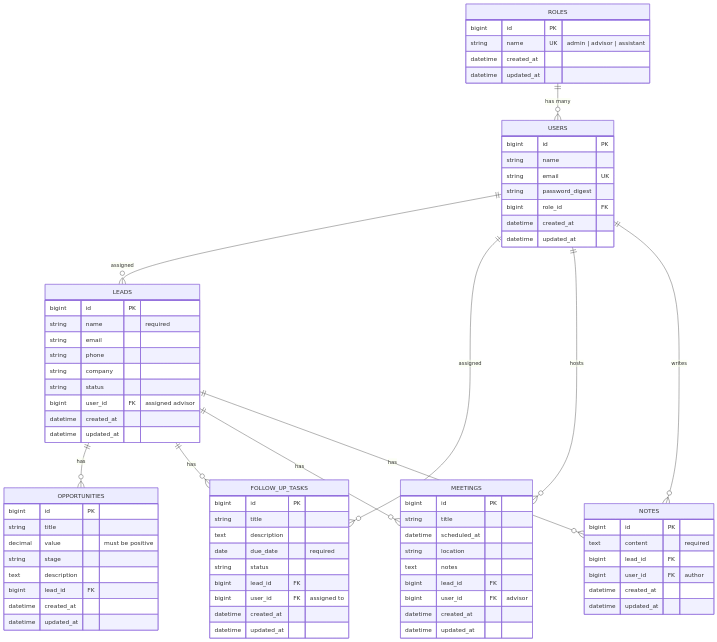
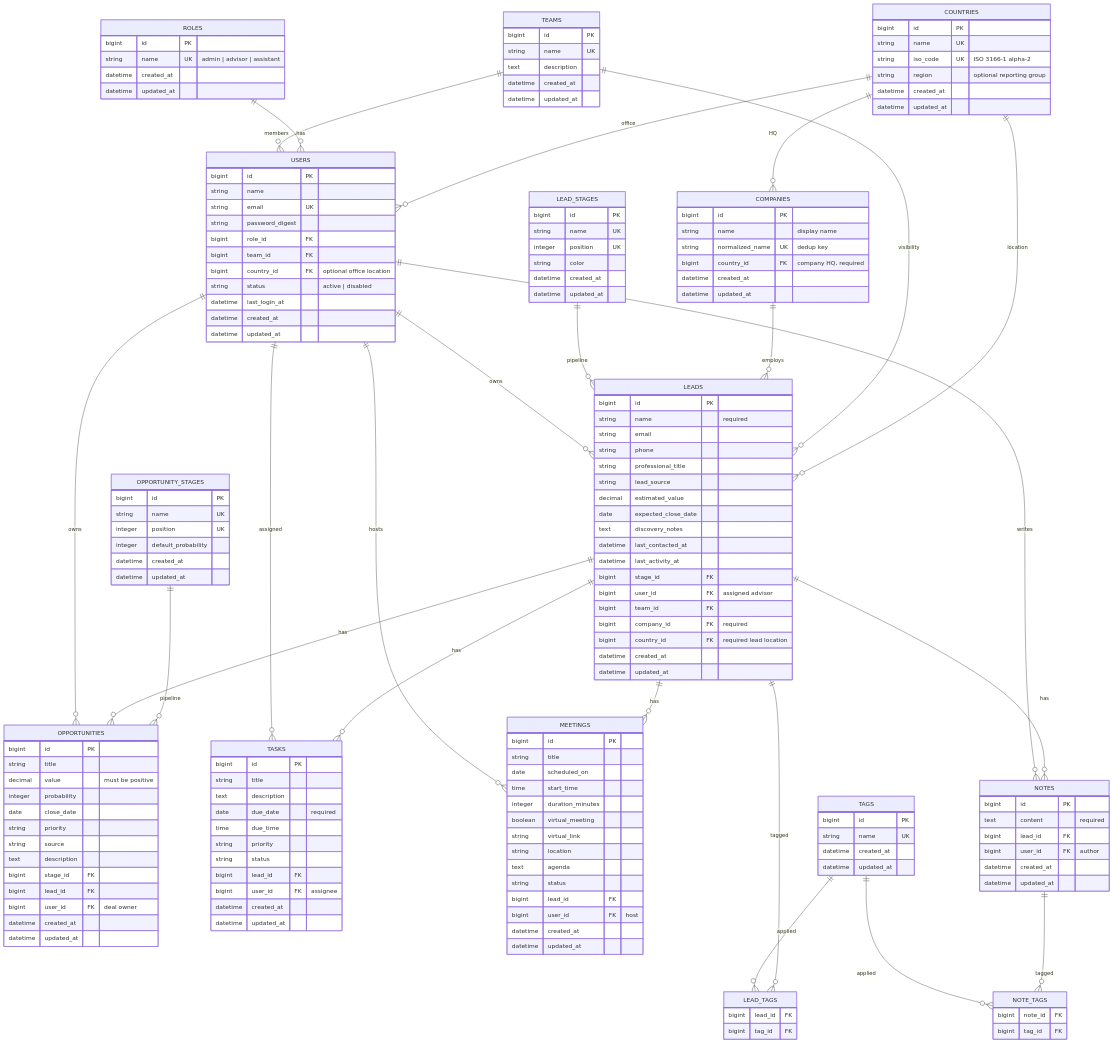
Before and after one commit to ccalderonc-ruby/lead-flow: the diagram in docs/DATA_MODEL.md, drawn with Mermaid. The commit also changed other lines of this file, not shown here.

First line of the commit message:
Revise data model to Tier 1+2 with Country and Company.

````diff
--- a/docs/DATA_MODEL.md
+++ b/docs/DATA_MODEL.md
@@ -15,8 +23,34 @@
 ```mermaid
 erDiagram
+    COUNTRIES {
+        bigint id PK
+        string name UK
+        string iso_code UK "ISO 3166-1 alpha-2"
+        string region "optional reporting group"
+        datetime created_at
+        datetime updated_at
+    }
+
+    COMPANIES {
+        bigint id PK
+        string name "display name"
+        string normalized_name UK "dedup key"
+        bigint country_id FK "company HQ, required"
+        datetime created_at
+        datetime updated_at
+    }
+
     ROLES {
         bigint id PK
         string name UK "admin | advisor | assistant"
+        datetime created_at
+        datetime updated_at
+    }
+
+    TEAMS {
+        bigint id PK
+        string name UK
+        text description
         datetime created_at
         datetime updated_at
     }
@@ -27,6 +61,19 @@
         string email UK
         string password_digest
         bigint role_id FK
+        bigint team_id FK
+        bigint country_id FK "optional office location"
+        string status "active | disabled"
+        datetime last_login_at
+        datetime created_at
+        datetime updated_at
+    }
+
+    LEAD_STAGES {
+        bigint id PK
+        string name UK
+        integer position UK
+        string color
         datetime created_at
         datetime updated_at
     }
@@ -36,9 +83,27 @@
         string name "required"
         string email
         string phone
-        string company
-        string status
+        string professional_title
+        string lead_source
+        decimal estimated_value
+        date expected_close_date
+        text discovery_notes
+        datetime last_contacted_at
+        datetime last_activity_at
+        bigint stage_id FK
         bigint user_id FK "assigned advisor"
+        bigint team_id FK
+        bigint company_id FK "required"
+        bigint country_id FK "required lead location"
+        datetime created_at
+        datetime updated_at
+    }
+
+    OPPORTUNITY_STAGES {
+        bigint id PK
+        string name UK
+        integer position UK
+        integer default_probability
         datetime created_at
         datetime updated_at
     }
@@ -47,21 +112,28 @@
         bigint id PK
         string title
         decimal value "must be positive"
-        string stage
+        integer probability
+        date close_date
+        string priority
+        string source
         text description
+        bigint stage_id FK
         bigint lead_id FK
+        bigint user_id FK "deal owner"
         datetime created_at
         datetime updated_at
     }
 
-    FOLLOW_UP_TASKS {
+    TASKS {
         bigint id PK
         string title
         text description
         date due_date "required"
+        time due_time
+        string priority
         string status
         bigint lead_id FK
-        bigint user_id FK "assigned to"
+        bigint user_id FK "assignee"
         datetime created_at
         datetime updated_at
     }
@@ -69,11 +141,16 @@
     MEETINGS {
         bigint id PK
         string title
-        datetime scheduled_at
+        date scheduled_on
+        time start_time
+        integer duration_minutes
+        boolean virtual_meeting
+        string virtual_link
         string location
-        text notes
+        text agenda
+        string status
         bigint lead_id FK
-        bigint user_id FK "advisor"
+        bigint user_id FK "host"
         datetime created_at
         datetime updated_at
     }
@@ -87,13 +164,51 @@
         datetime updated_at
     }
 
-    ROLES ||--o{ USERS : "has many"
-    USERS ||--o{ LEADS : "assigned"
-    USERS ||--o{ FOLLOW_UP_TASKS : "assigned"
+    TAGS {
+        bigint id PK
+        string name UK
+        datetime created_at
+        datetime updated_at
+    }
+
+    LEAD_TAGS {
+        bigint lead_id FK
+        bigint tag_id FK
+    }
+
+    NOTE_TAGS {
+        bigint note_id FK
+        bigint tag_id FK
+    }
+
+    COUNTRIES ||--o{ COMPANIES : "HQ"
+    COUNTRIES ||--o{ USERS : "office"
+    COUNTRIES ||--o{ LEADS : "location"
+
+    ROLES ||--o{ USERS : "has"
+    TEAMS ||--o{ USERS : "members"
+    TEAMS ||--o{ LEADS : "visibility"
+
+    COMPANIES ||--o{ LEADS : "employs"
+
+    LEAD_STAGES ||--o{ LEADS : "pipeline"
+    USERS ||--o{ LEADS : "owns"
+
+    OPPORTUNITY_STAGES ||--o{ OPPORTUNITIES : "pipeline"
+    LEADS ||--o{ OPPORTUNITIES : "has"
+    USERS ||--o{ OPPORTUNITIES : "owns"
+
+    LEADS ||--o{ TASKS : "has"
+    USERS ||--o{ TASKS : "assigned"
+
+    LEADS ||--o{ MEETINGS : "has"
     USERS ||--o{ MEETINGS : "hosts"
+
+    LEADS ||--o{ NOTES : "has"
     USERS ||--o{ NOTES : "writes"
-    LEADS ||--o{ OPPORTUNITIES : "has"
-    LEADS ||--o{ FOLLOW_UP_TASKS : "has"
-    LEADS ||--o{ MEETINGS : "has"
-    LEADS ||--o{ NOTES : "has"
+
+    LEADS ||--o{ LEAD_TAGS : "tagged"
+    TAGS ||--o{ LEAD_TAGS : "applied"
+    NOTES ||--o{ NOTE_TAGS : "tagged"
+    TAGS ||--o{ NOTE_TAGS : "applied"
 ```
````
